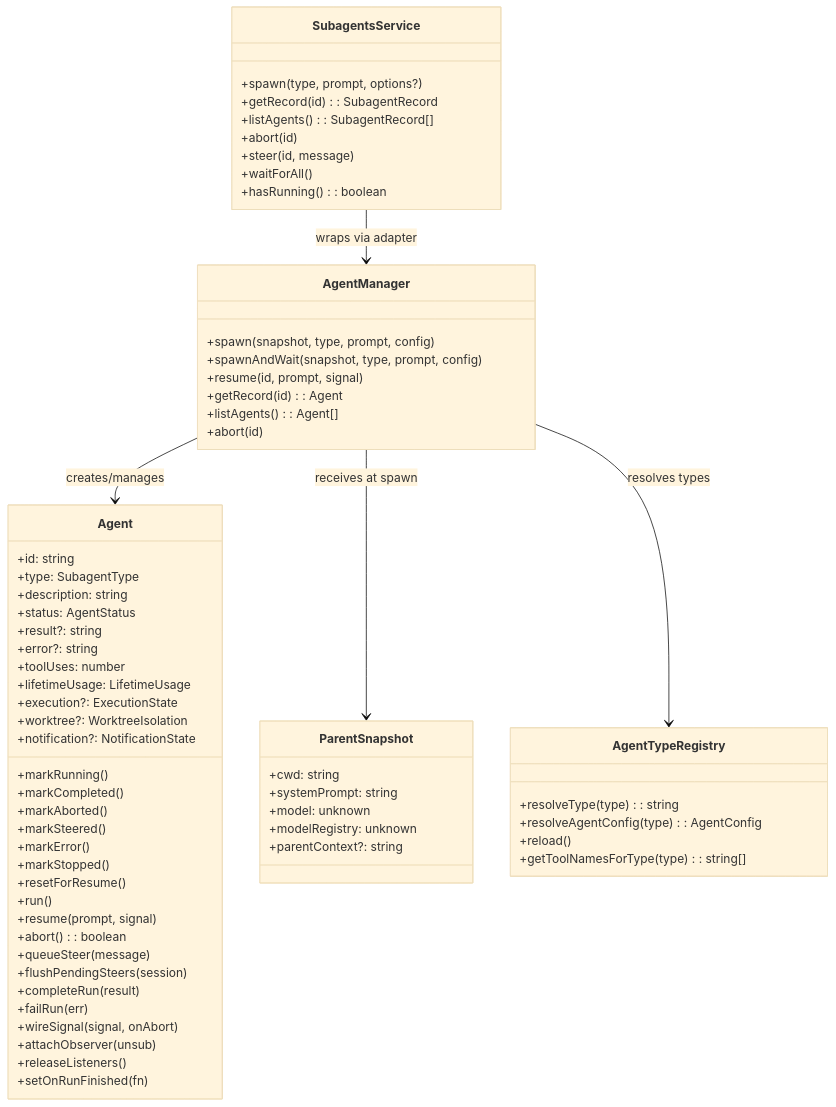
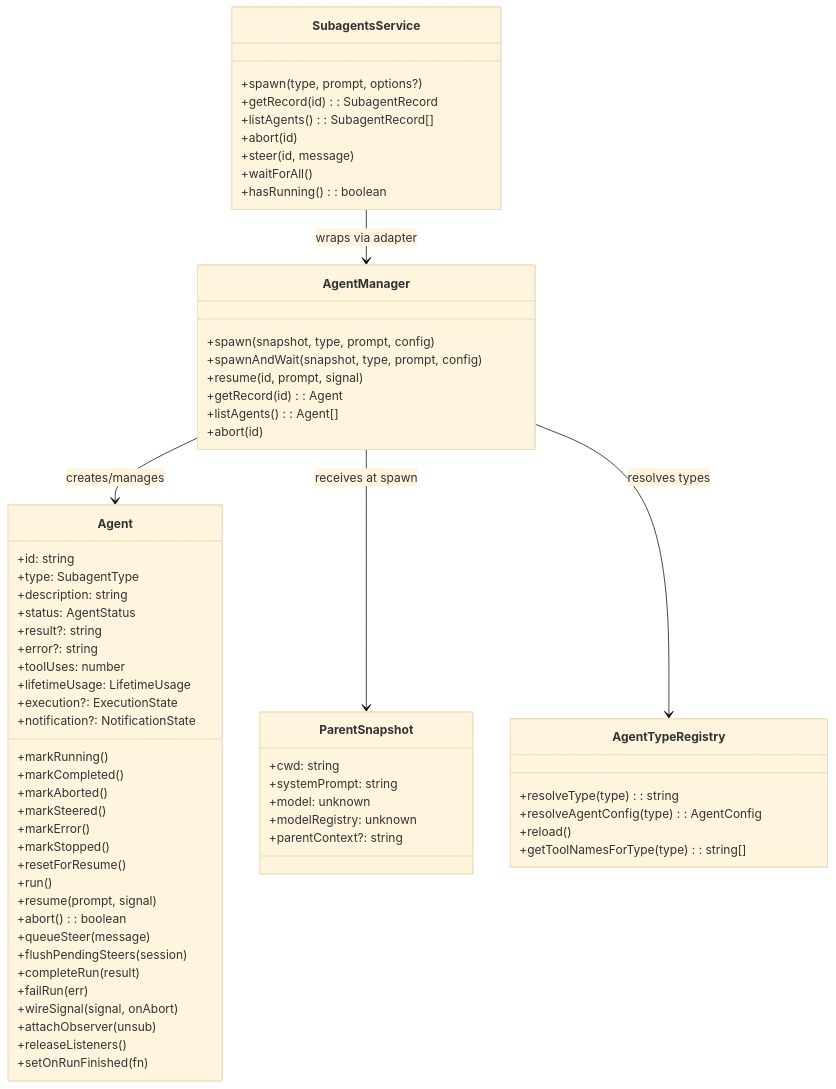
Before and after one commit to ttdua/pi-subagents: the second of 6 diagrams in docs/architecture/architecture.md, drawn with Mermaid (base theme). The commit also changed other lines of this file, not shown here.

First line of the commit message:
docs: record worktree eviction in the phase 16 roadmap

````diff
--- a/docs/architecture/architecture.md
+++ b/docs/architecture/architecture.md
@@ -103,73 +103,72 @@
 ```mermaid
 classDiagram
     class Agent {
         +id: string
         +type: SubagentType
         +description: string
         +status: AgentStatus
         +result?: string
         +error?: string
         +toolUses: number
         +lifetimeUsage: LifetimeUsage
         +execution?: ExecutionState
-        +worktree?: WorktreeIsolation
         +notification?: NotificationState
         +markRunning()
         +markCompleted()
         +markAborted()
         +markSteered()
         +markError()
         +markStopped()
         +resetForResume()
         +run()
         +resume(prompt, signal)
         +abort(): boolean
         +queueSteer(message)
         +flushPendingSteers(session)
         +completeRun(result)
         +failRun(err)
         +wireSignal(signal, onAbort)
         +attachObserver(unsub)
         +releaseListeners()
         +setOnRunFinished(fn)
     }
 
     class AgentManager {
         +spawn(snapshot, type, prompt, config)
         +spawnAndWait(snapshot, type, prompt, config)
         +resume(id, prompt, signal)
         +getRecord(id): Agent
         +listAgents(): Agent[]
         +abort(id)
     }
 
     class AgentTypeRegistry {
         +resolveType(type): string
         +resolveAgentConfig(type): AgentConfig
         +reload()
         +getToolNamesForType(type): string[]
     }
 
     class ParentSnapshot {
         +cwd: string
         +systemPrompt: string
         +model: unknown
         +modelRegistry: unknown
         +parentContext?: string
     }
 
     class SubagentsService {
         +spawn(type, prompt, options?)
         +getRecord(id): SubagentRecord
         +listAgents(): SubagentRecord[]
         +abort(id)
         +steer(id, message)
         +waitForAll()
         +hasRunning(): boolean
     }
 
     AgentManager --> Agent : creates/manages
     AgentManager --> ParentSnapshot : receives at spawn
     SubagentsService --> AgentManager : wraps via adapter
     AgentManager --> AgentTypeRegistry : resolves types
 ```
````
